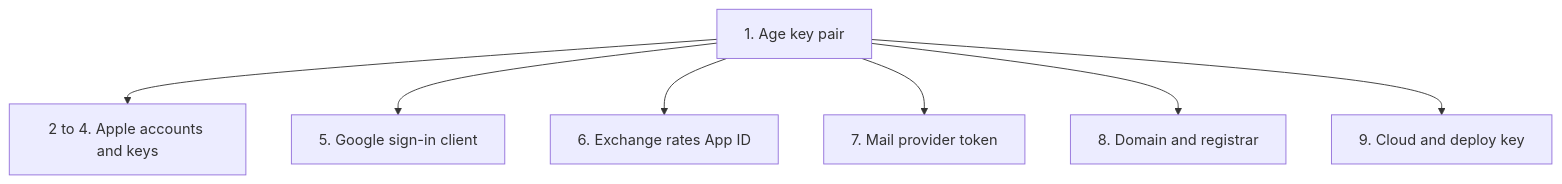
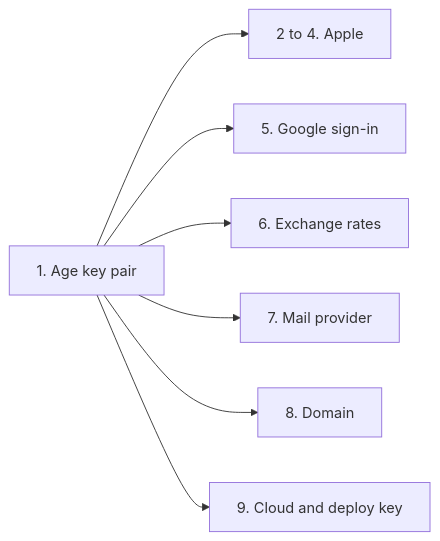
Before and after one commit to ravialdyh/my-money-recap-monorepo: the diagram in infra/wizard/README.md, drawn with Mermaid. The commit also changed other lines of this file and 2 other files, not shown here.

Commit message:
docs: narrow the edge and wizard diagrams and name the dashed arrow

````diff
--- a/infra/wizard/README.md
+++ b/infra/wizard/README.md
@@ -10,16 +10,16 @@
 ```mermaid
-flowchart TD
+flowchart LR
     s1["1. Age key pair"]
-    apple["2 to 4. Apple accounts and keys"]
-    google["5. Google sign-in client"]
-    rates["6. Exchange rates App ID"]
-    mail["7. Mail provider token"]
-    domain["8. Domain and registrar"]
+    apple["2 to 4. Apple"]
+    google["5. Google sign-in"]
+    rates["6. Exchange rates"]
+    mail["7. Mail provider"]
+    domain["8. Domain"]
     cloud["9. Cloud and deploy key"]
     s1 --> apple
     s1 --> google
     s1 --> rates
     s1 --> mail
     s1 --> domain
     s1 --> cloud
 ```
````
